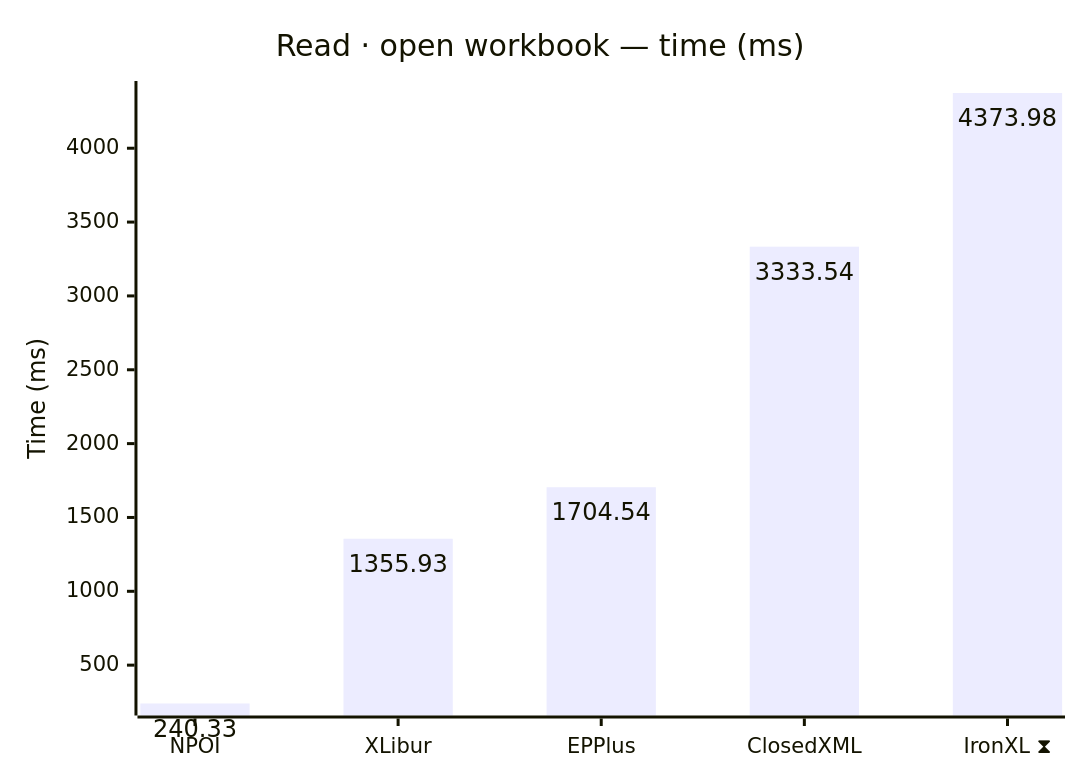
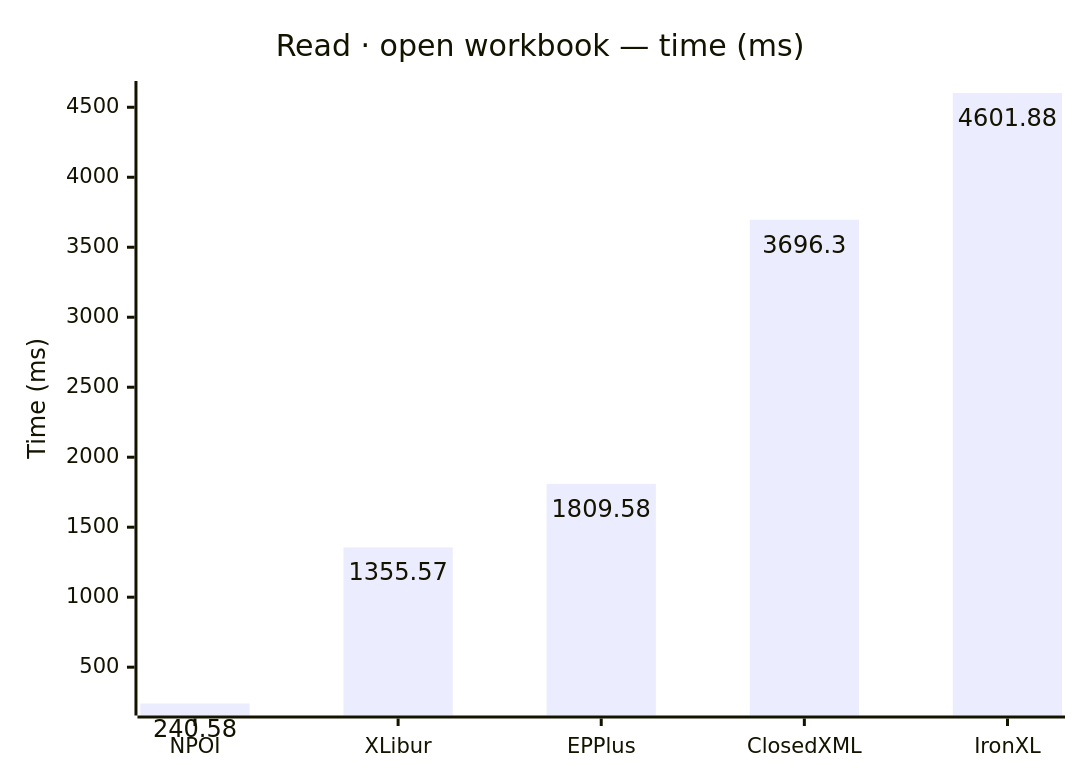
Before and after one commit to jafin/XLBench: the first of 10 diagrams in docs/results.md, drawn with Mermaid. The commit also changed other lines of this file and 3 other files, not shown here.

````diff
--- a/docs/results.md
+++ b/docs/results.md
@@ -39,12 +35,12 @@
 ```mermaid
 ---
 config:
   xyChart:
     showDataLabel: true
 ---
 xychart-beta
     title "Read · open workbook — time (ms)"
-    x-axis ["NPOI", "XLibur", "EPPlus", "ClosedXML", "IronXL ⧗"]
+    x-axis ["NPOI", "XLibur", "EPPlus", "ClosedXML", "IronXL"]
     y-axis "Time (ms)"
-    bar [240.33, 1355.93, 1704.54, 3333.54, 4373.98]
+    bar [240.58, 1355.57, 1809.58, 3696.3, 4601.88]
 ```
````
